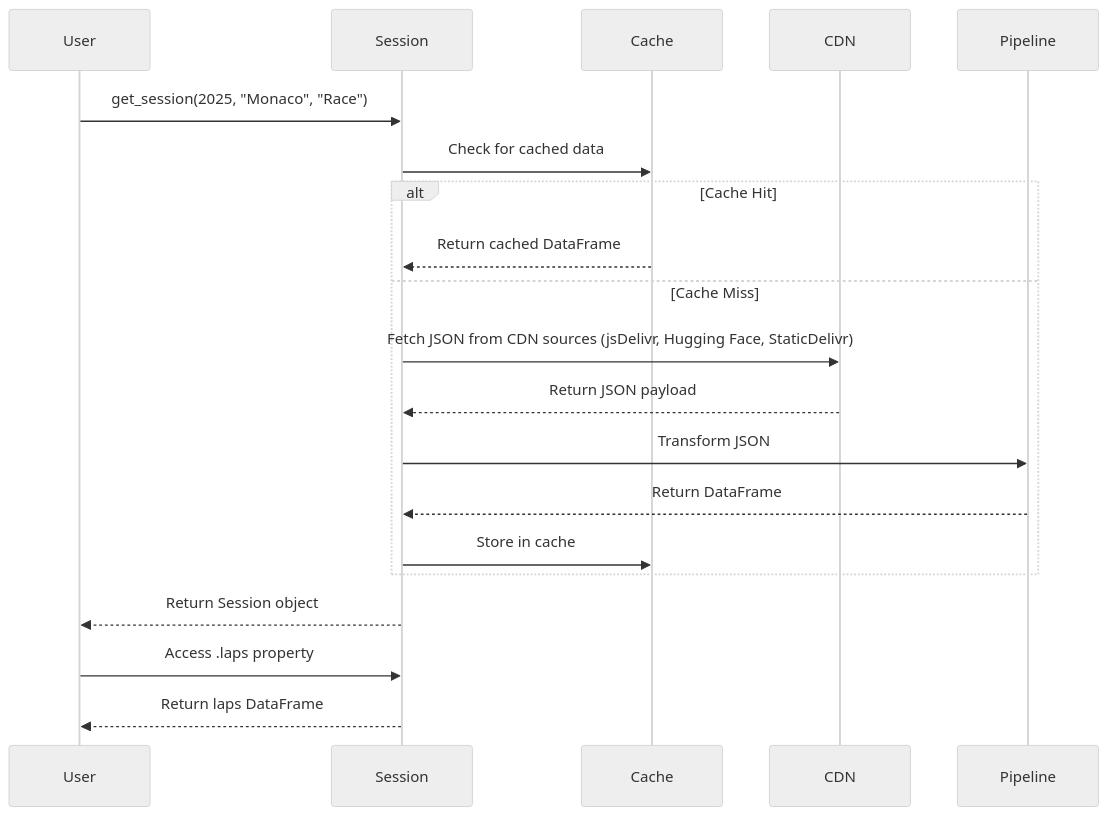
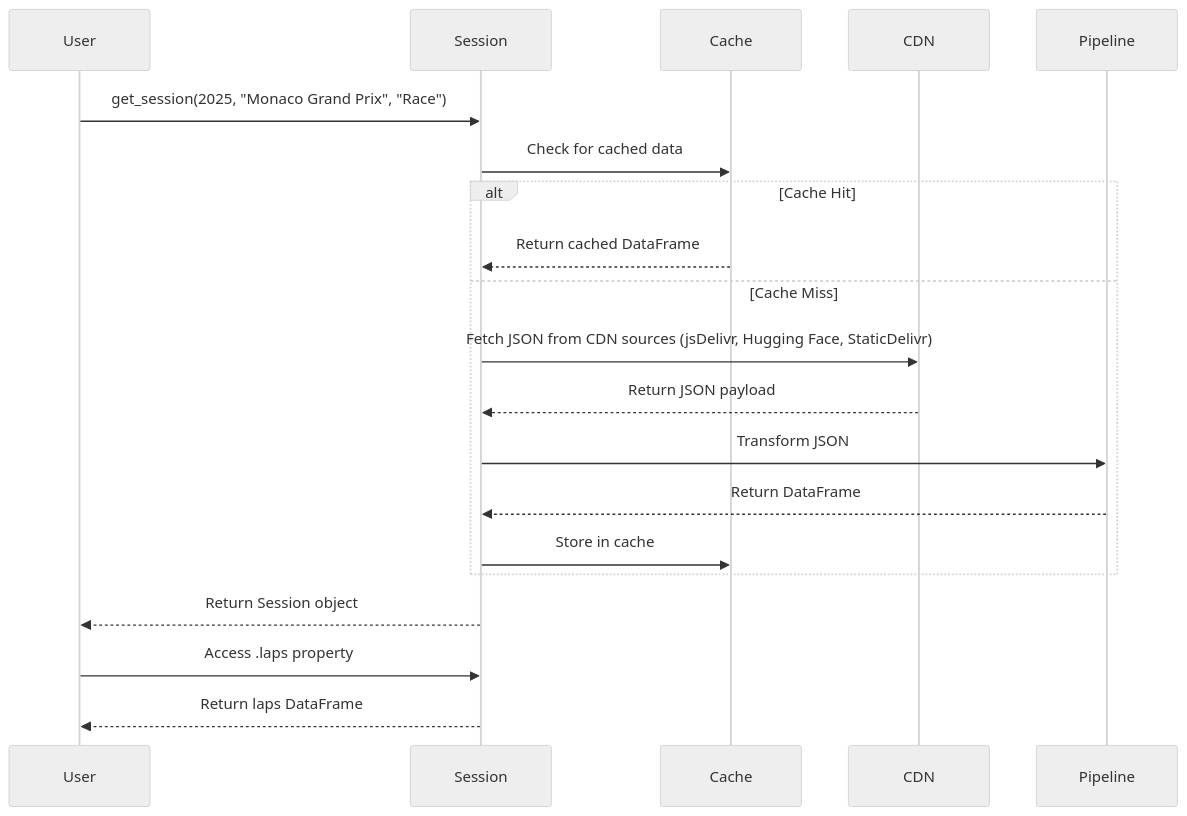
Before and after one commit to TracingInsights/tif1: the second of 2 diagrams in docs/architecture.mdx, drawn with Mermaid (neutral theme). The commit also changed other lines of this file and 112 other files, not shown here.

````diff
--- a/docs/architecture.mdx
+++ b/docs/architecture.mdx
@@ -49,23 +49,23 @@
 ```mermaid
 sequenceDiagram
     participant User
     participant Session
     participant Cache
     participant CDN
     participant Pipeline
 
-    User->>Session: get_session(2025, "Monaco", "Race")
+    User->>Session: get_session(2025, "Monaco Grand Prix", "Race")
     Session->>Cache: Check for cached data
     alt Cache Hit
         Cache-->>Session: Return cached DataFrame
     else Cache Miss
         Session->>CDN: Fetch JSON from CDN sources (jsDelivr, Hugging Face, StaticDelivr)
         CDN-->>Session: Return JSON payload
         Session->>Pipeline: Transform JSON
         Pipeline-->>Session: Return DataFrame
         Session->>Cache: Store in cache
     end
     Session-->>User: Return Session object
     User->>Session: Access .laps property
     Session-->>User: Return laps DataFrame
 ```
````
